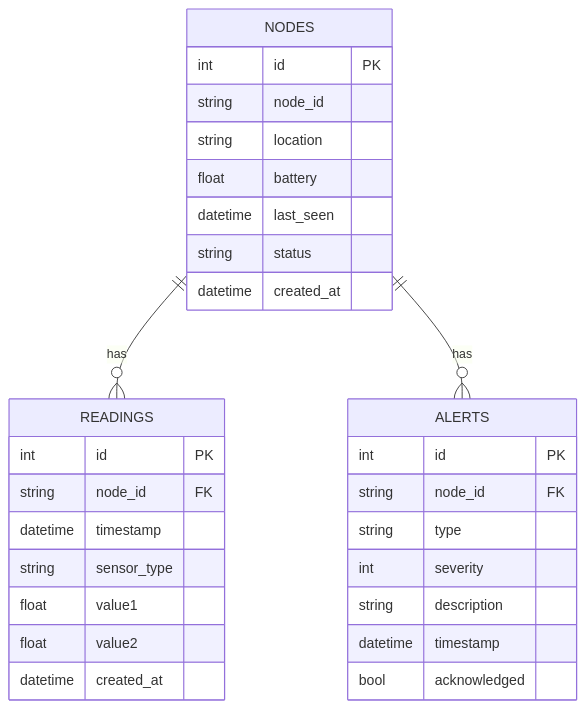
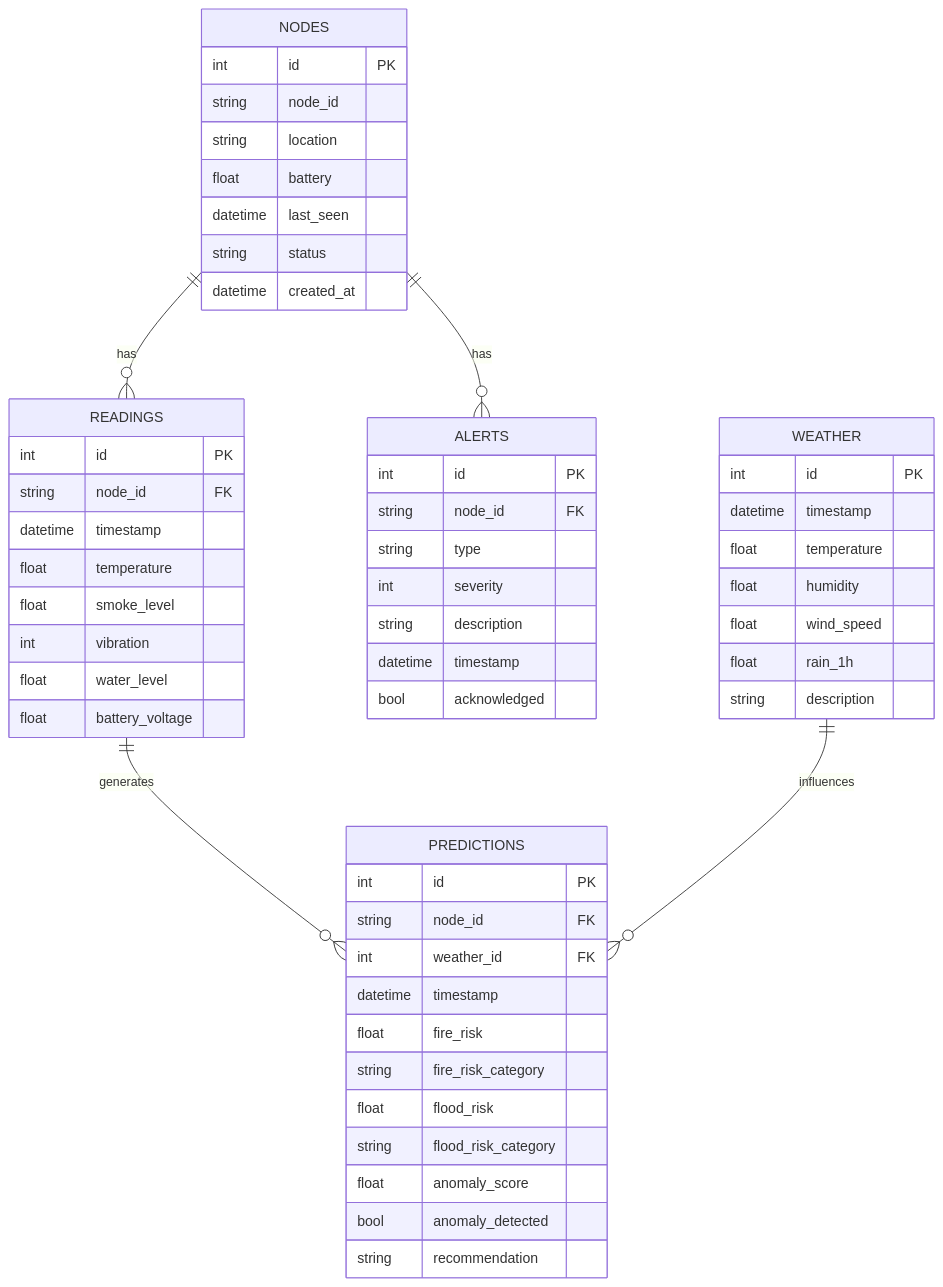
Before and after one commit to ficrammanifur/offline-emergency-lora-system: the seventh of 10 diagrams in README.md, drawn with Mermaid. The commit also changed other lines of this file, not shown here.

````diff
--- a/README.md
+++ b/README.md
@@ -378,35 +437,63 @@
 ```mermaid
 erDiagram
     NODES ||--o{ READINGS : has
     NODES ||--o{ ALERTS : has
+    READINGS ||--o{ PREDICTIONS : generates
+    
+    WEATHER ||--o{ PREDICTIONS : influences
 
     NODES {
         int id PK
         string node_id
         string location
         float battery
         datetime last_seen
         string status
         datetime created_at
     }
 
     READINGS {
         int id PK
         string node_id FK
         datetime timestamp
-        string sensor_type
-        float value1
-        float value2
-        datetime created_at
+        float temperature
+        float smoke_level
+        int vibration
+        float water_level
+        float battery_voltage
+    }
+
+    WEATHER {
+        int id PK
+        datetime timestamp
+        float temperature
+        float humidity
+        float wind_speed
+        float rain_1h
+        string description
+    }
+
+    PREDICTIONS {
+        int id PK
+        string node_id FK
+        int weather_id FK
+        datetime timestamp
+        float fire_risk
+        string fire_risk_category
+        float flood_risk
+        string flood_risk_category
+        float anomaly_score
+        bool anomaly_detected
+        string recommendation
     }
 
     ALERTS {
         int id PK
         string node_id FK
         string type
         int severity
         string description
         datetime timestamp
         bool acknowledged
     }
 ```
````
